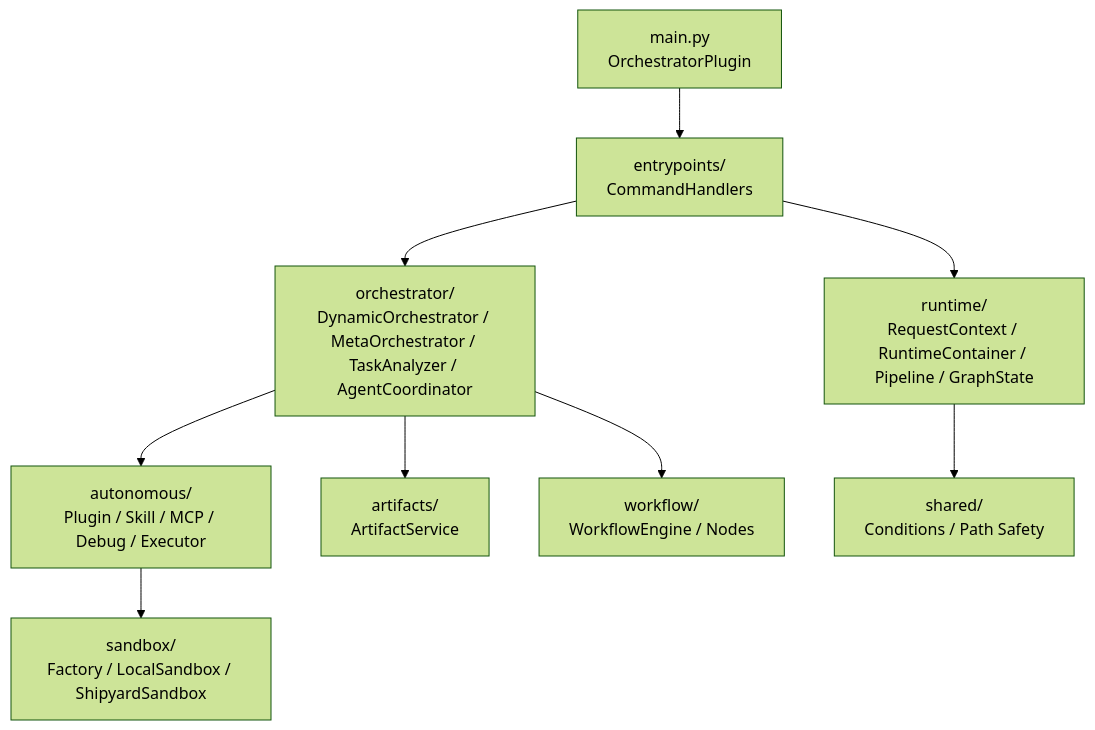
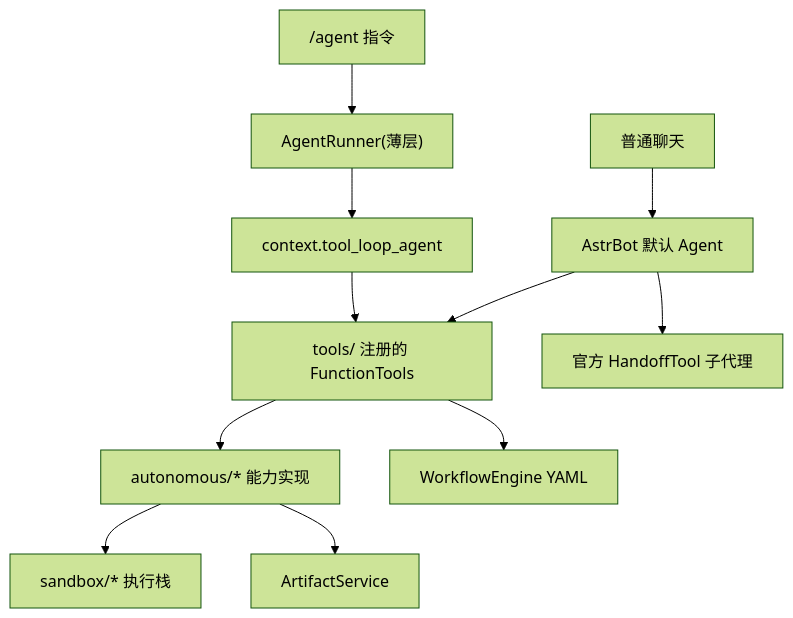
The second of 5 diagrams in docs/architecture.md (Jerry2003826/astrbot_orchestrator), drawn with Mermaid (forest theme) before and after one commit. The commit also changed other lines of this file and 126 other files, not shown here.

First line of the commit message:
refactor!: v4.0.0 全面现代化，迁移到 AstrBot 官方 Agent 体系 (>=4.25,<5)

````diff
--- a/docs/architecture.md
+++ b/docs/architecture.md
@@ -38,11 +28,13 @@
 ```mermaid
 flowchart TB
-    Main["main.py<br/>OrchestratorPlugin"] --> Entry["entrypoints/<br/>CommandHandlers"]
-    Entry --> Runtime["runtime/<br/>RequestContext / RuntimeContainer / Pipeline / GraphState"]
-    Entry --> Orchestrator["orchestrator/<br/>DynamicOrchestrator / MetaOrchestrator / TaskAnalyzer / AgentCoordinator"]
-    Orchestrator --> Autonomous["autonomous/<br/>Plugin / Skill / MCP / Debug / Executor"]
-    Autonomous --> Sandbox["sandbox/<br/>Factory / LocalSandbox / ShipyardSandbox"]
-    Orchestrator --> Artifacts["artifacts/<br/>ArtifactService"]
-    Orchestrator --> Workflow["workflow/<br/>WorkflowEngine / Nodes"]
-    Runtime --> Shared["shared/<br/>Conditions / Path Safety"]
+    Chat[普通聊天] --> DefaultAgent[AstrBot 默认 Agent]
+    Cmd["/agent 指令"] --> Runner["AgentRunner(薄层)"]
+    Runner --> TLA["context.tool_loop_agent"]
+    DefaultAgent --> Tools["tools/ 注册的 FunctionTools"]
+    TLA --> Tools
+    DefaultAgent --> Handoff["官方 HandoffTool 子代理"]
+    Tools --> Caps["autonomous/* 能力实现"]
+    Caps --> Sandbox["sandbox/* 执行栈"]
+    Caps --> Artifact["ArtifactService"]
+    Tools --> WF["WorkflowEngine YAML"]
 ```
````
